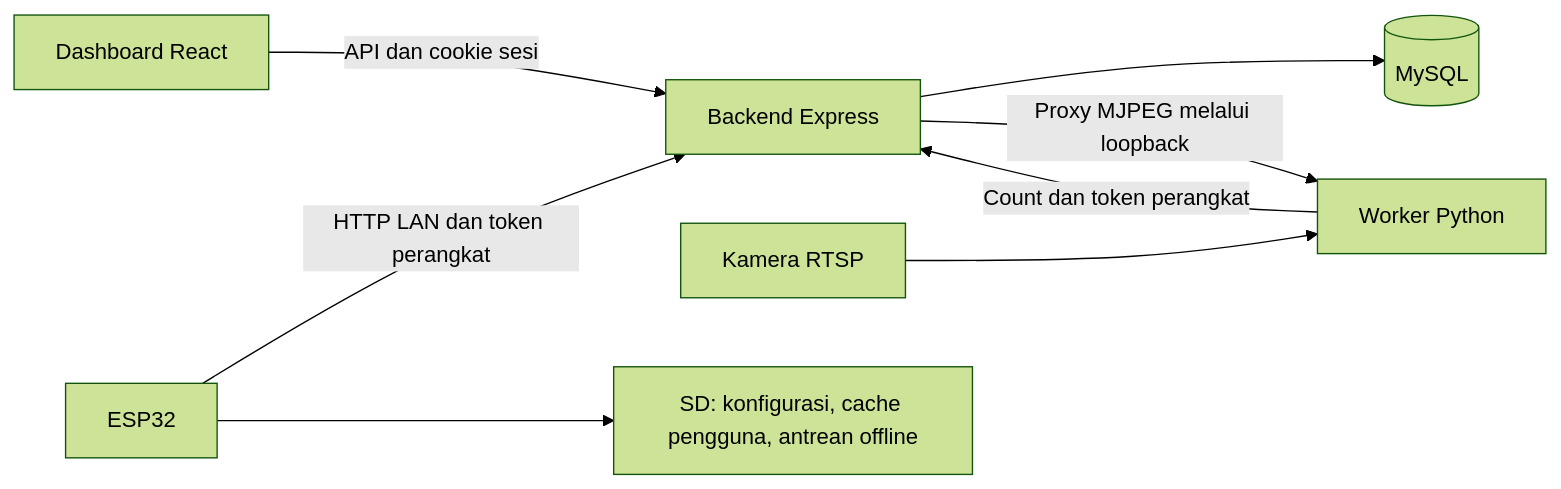
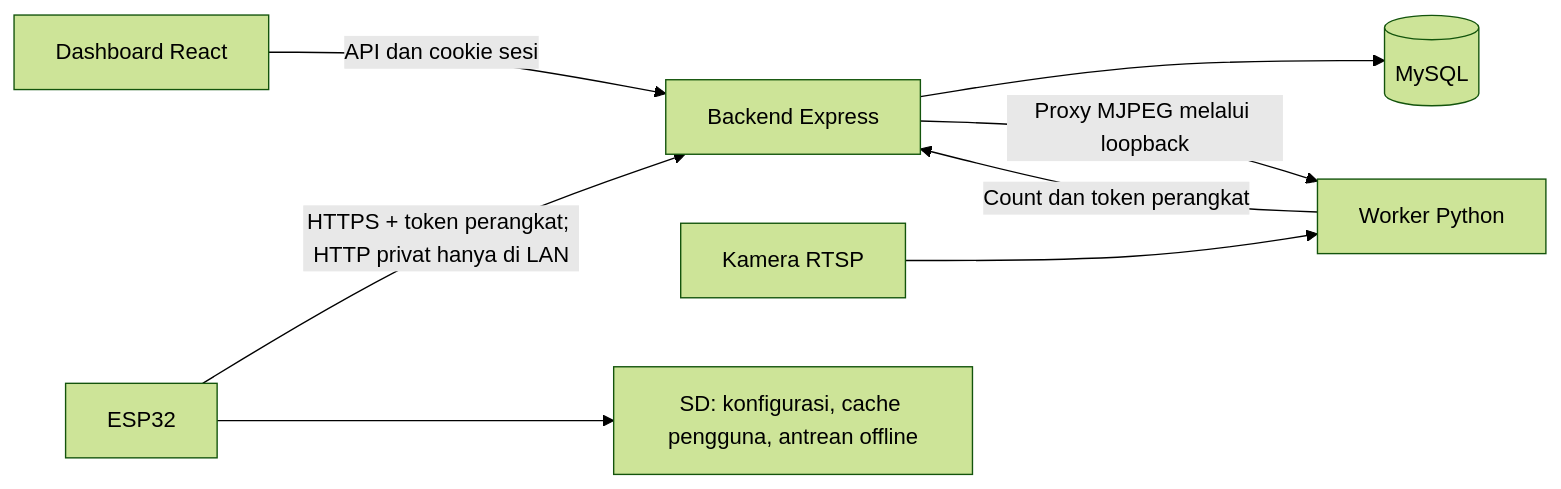
The diagram in docs/ARCHITECTURE.md (magangsipt-oss/LOTOBARUPOKOKNYA), drawn with Mermaid (forest theme) before and after one commit. The commit also changed other lines of this file and 18 other files, not shown here.

````diff
--- a/docs/ARCHITECTURE.md
+++ b/docs/ARCHITECTURE.md
@@ -5,10 +5,10 @@
 ```mermaid
 flowchart LR
     Browser[Dashboard React] -->|API dan cookie sesi| API[Backend Express]
-    ESP[ESP32] -->|HTTP LAN dan token perangkat| API
+    ESP[ESP32] -->|HTTPS + token perangkat; HTTP privat hanya di LAN| API
     Camera[Kamera RTSP] --> Counting[Worker Python]
     Counting -->|Count dan token perangkat| API
     API --> DB[(MySQL)]
     API -->|Proxy MJPEG melalui loopback| Counting
     ESP --> SD[SD: konfigurasi, cache pengguna, antrean offline]
 ```
````
